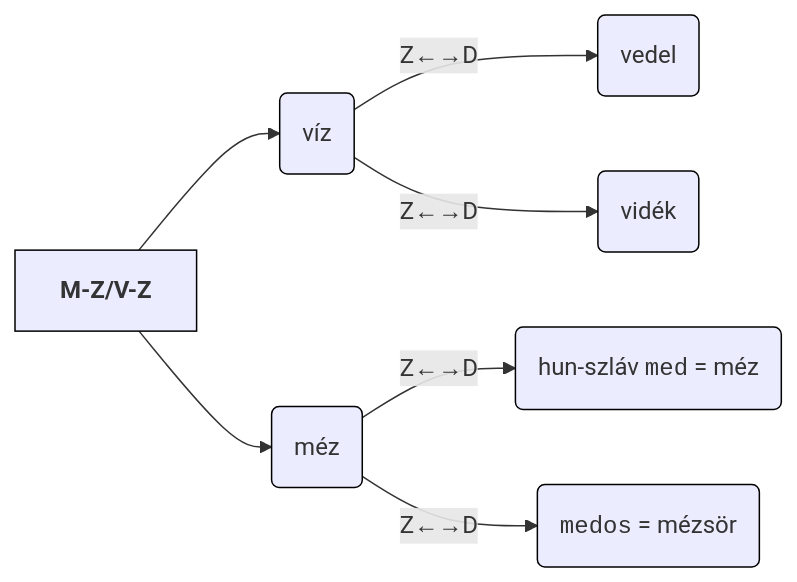
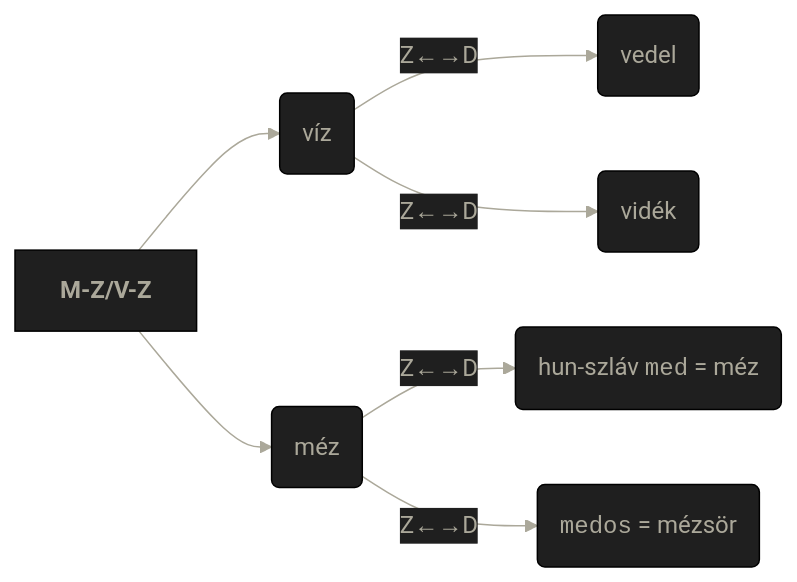
One commit to zanodor/TUDDASSTTARR changed the first of 19 diagrams in src/site/notes/B/Balk.md. Above: the diagram before and after it, drawn with Mermaid.

````diff
--- a/src/site/notes/B/Balk.md
+++ b/src/site/notes/B/Balk.md
@@ -32,30 +32,32 @@
 ```mermaid
 %%{
   init: {
     'theme': 'base',
     'themeVariables': {
       'primaryColor': '#1f1f1f',
       'primaryTextColor': '#ABA89A',
       'primaryBorderColor': '#000000',
       'lineColor': '#ABA89A',
+      'tertiaryColor': '#fff'
     }
   }
 }%%
 
 flowchart LR
 
 	head[<b>M-Z/V-Z</b>]
 	lvl2_a("víz")
 	lvl2_b("méz")
 	lvl3_a("vedel")
 	lvl3_b("vidék")
 	lvl3_c("hun-szláv <code>med</code> = méz")
 	lvl3_d("<code>medos</code> = mézsör")
 
 	head --> lvl2_a & lvl2_b
 	lvl2_a -- "Z←→D" -->  lvl3_a & lvl3_b
 	lvl2_b -- "Z←→D" -->  lvl3_c & lvl3_d
 
 	classDef fillStyle stroke:#000000,stroke-width:1px,stroke-dasharray: 0;
 	class head,lvl2_a,lvl2_b,lvl3_a,lvl3_b,lvl3_c,lvl3_d fillStyle;
+	class lvl2_a,lvl2_b,lvl3_a,lvl3_b internal-link;
 ```
````
